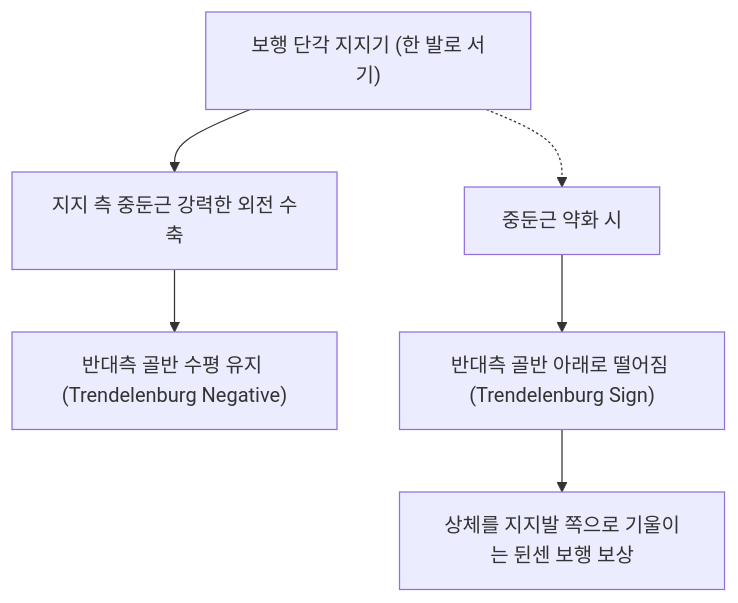
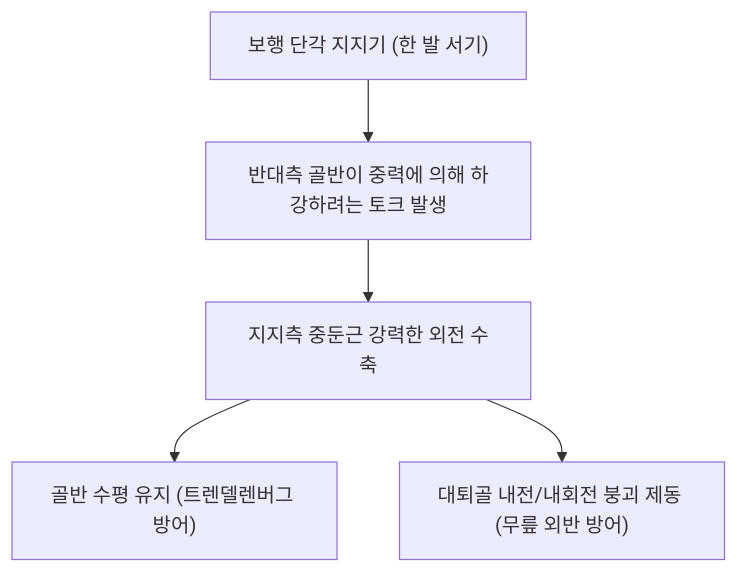
One commit to simbio11/simbio-digital-garden2 changed the diagram in content/1. 근골격계 공부/근육/(10) 둔부/중둔근.md. Above: the diagram before and after it, drawn with Mermaid. The commit also changed other lines of this file and 150 other files, not shown here.

````diff
--- a/content/1. 근골격계 공부/근육/(10) 둔부/중둔근.md
+++ b/content/1. 근골격계 공부/근육/(10) 둔부/중둔근.md
@@ -49,8 +53,7 @@
 ```mermaid
 graph TD
-    StancePhase["보행 단각 지지기 (한 발로 서기)"] --> MediusContraction["지지 측 중둔근 강력한 외전 수축"]
-    MediusContraction --> PelvisLevel["반대측 골반 수평 유지 (Trendelenburg Negative)"]
-    StancePhase -.-> MediusWeakness["중둔근 약화 시"]
-    MediusWeakness --> TrendelenburgSign["반대측 골반 아래로 떨어짐 (Trendelenburg Sign)"]
-    TrendelenburgSign --> DuchenneLimp["상체를 지지발 쪽으로 기울이는 뒨센 보행 보상"]
+    SingleLegStance["보행 단각 지지기 (한 발 서기)"] --> PelvicTorque["반대측 골반이 중력에 의해 하강하려는 토크 발생"]
+    PelvicTorque --> GluteusMediusContraction["지지측 중둔근 강력한 외전 수축"]
+    GluteusMediusContraction --> HorizontalPelvis["골반 수평 유지 (트렌델렌버그 방어)"]
+    GluteusMediusContraction --> FemurAlignment["대퇴골 내전/내회전 붕괴 제동 (무릎 외반 방어)"]
 ```
````
